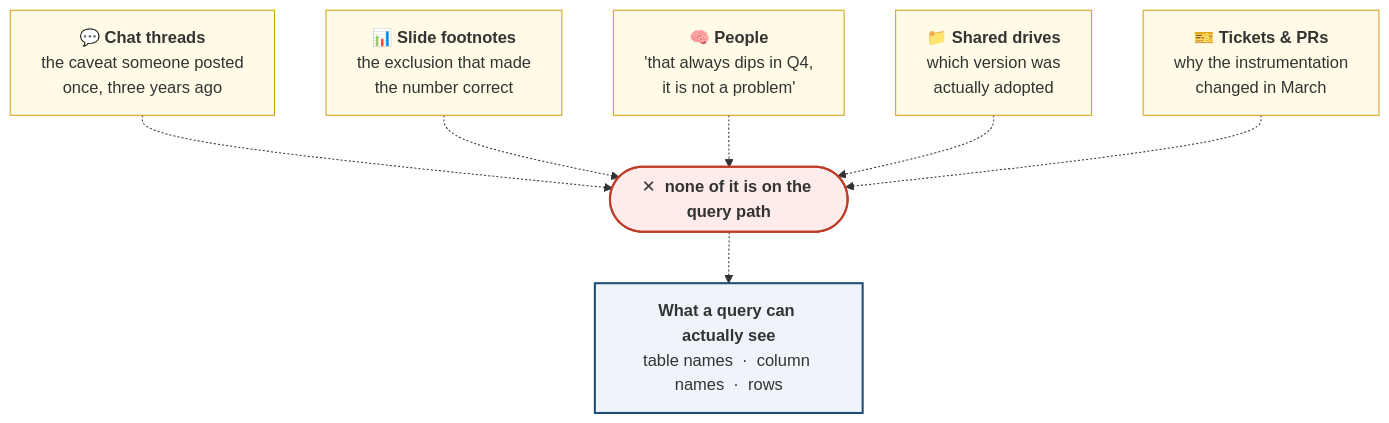
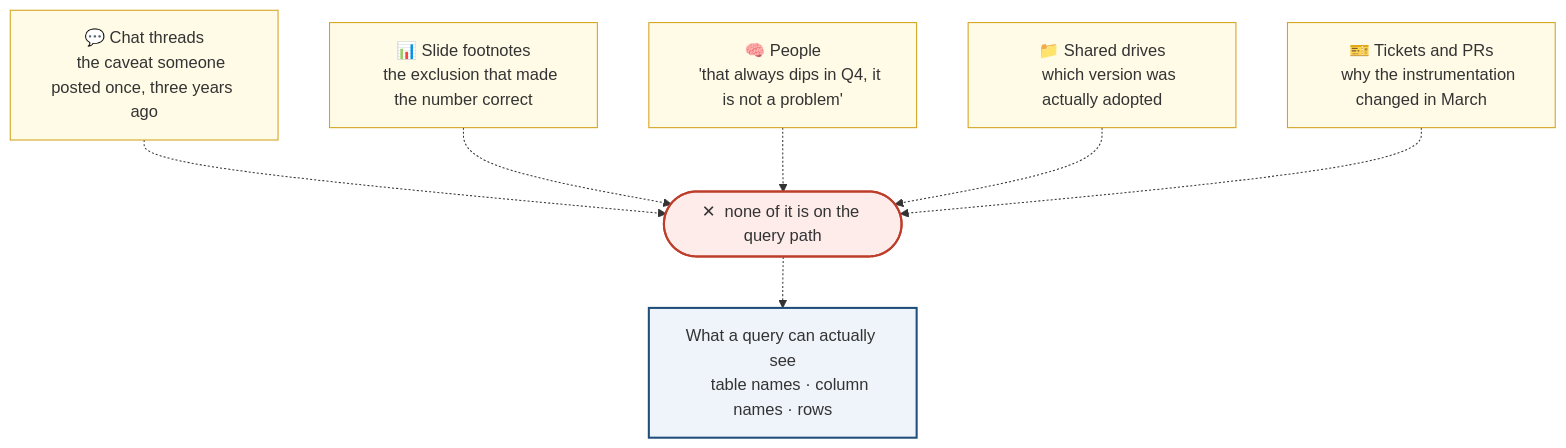
One commit to benkohcc/semantic-layer-for-ai-agents changed the first of 3 diagrams in README.md. Above: the diagram before and after it, drawn with Mermaid. The commit also changed other lines of this file, not shown here.

Commit message:
Fix fused label text in the remaining two diagrams
GitHub strips <br/> from Mermaid source before parsing, so every label using it
rendered with the words on either side of the break jammed together: "Chat
threadsthe caveat someone postedonce", "What a query can actually seetable
names". Five of six nodes in the first diagram were affected.

I hit this in the layer cake last commit and fixed it there by using real
newlines, but only there, so the same bug survived in the other two diagrams.
Both now use literal newlines inside quoted labels, which carry no HTML for
GitHub to sanitise. All three diagrams are now free of HTML tags and entities
entirely.

Worth recording why the local check missed it: the Mermaid CLI accepts <br/>,
literal newlines, and backtick markdown strings, and emits an identical <br />
in the SVG for all three. So rendering locally cannot distinguish a label that
will survive GitHub from one that will not. The reliable test is the source,
not the render: no HTML in a Mermaid block.

````diff
--- a/README.md
+++ b/README.md
@@ -52,24 +52,30 @@
 ```mermaid
 flowchart TB
-    K1["💬 <b>Chat threads</b><br/>the caveat someone posted<br/>once, three years ago"]
-    K2["📊 <b>Slide footnotes</b><br/>the exclusion that made<br/>the number correct"]
-    K3["🧠 <b>People</b><br/>'that always dips in Q4,<br/>it is not a problem'"]
-    K4["📁 <b>Shared drives</b><br/>which version was<br/>actually adopted"]
-    K5["🎫 <b>Tickets &amp; PRs</b><br/>why the instrumentation<br/>changed in March"]
+    K1["💬 Chat threads
+    the caveat someone posted once, three years ago"]
+    K2["📊 Slide footnotes
+    the exclusion that made the number correct"]
+    K3["🧠 People
+    'that always dips in Q4, it is not a problem'"]
+    K4["📁 Shared drives
+    which version was actually adopted"]
+    K5["🎫 Tickets and PRs
+    why the instrumentation changed in March"]
 
-    K1 -.-> X(["✕ &nbsp;<b>none of it is on the query path</b>"])
+    K1 -.-> X(["✕  none of it is on the query path"])
     K2 -.-> X
     K3 -.-> X
     K4 -.-> X
     K5 -.-> X
 
-    X -.-> S["<b>What a query can actually see</b><br/>table names &nbsp;·&nbsp; column names &nbsp;·&nbsp; rows"]
+    X -.-> S["What a query can actually see
+    table names · column names · rows"]
 
     style K1 fill:#fffbe6,stroke:#d4a017
     style K2 fill:#fffbe6,stroke:#d4a017
     style K3 fill:#fffbe6,stroke:#d4a017
     style K4 fill:#fffbe6,stroke:#d4a017
     style K5 fill:#fffbe6,stroke:#d4a017
     style X fill:#fdecea,stroke:#be3d2a,stroke-width:2px
     style S fill:#eef4fa,stroke:#1e4e79,stroke-width:2px
 ```
````
